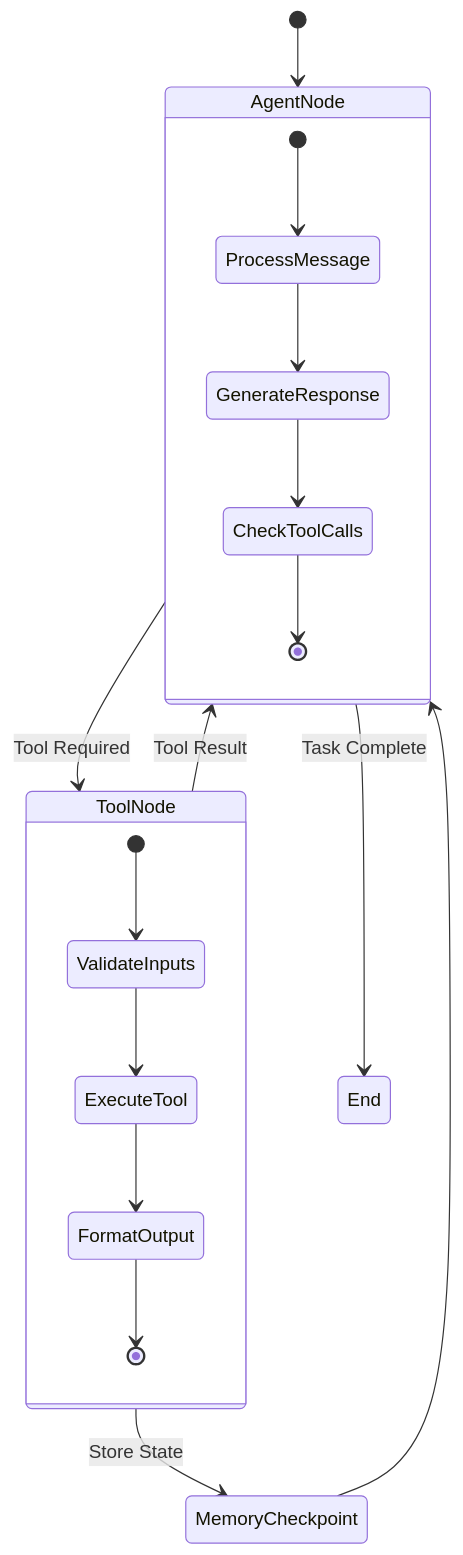
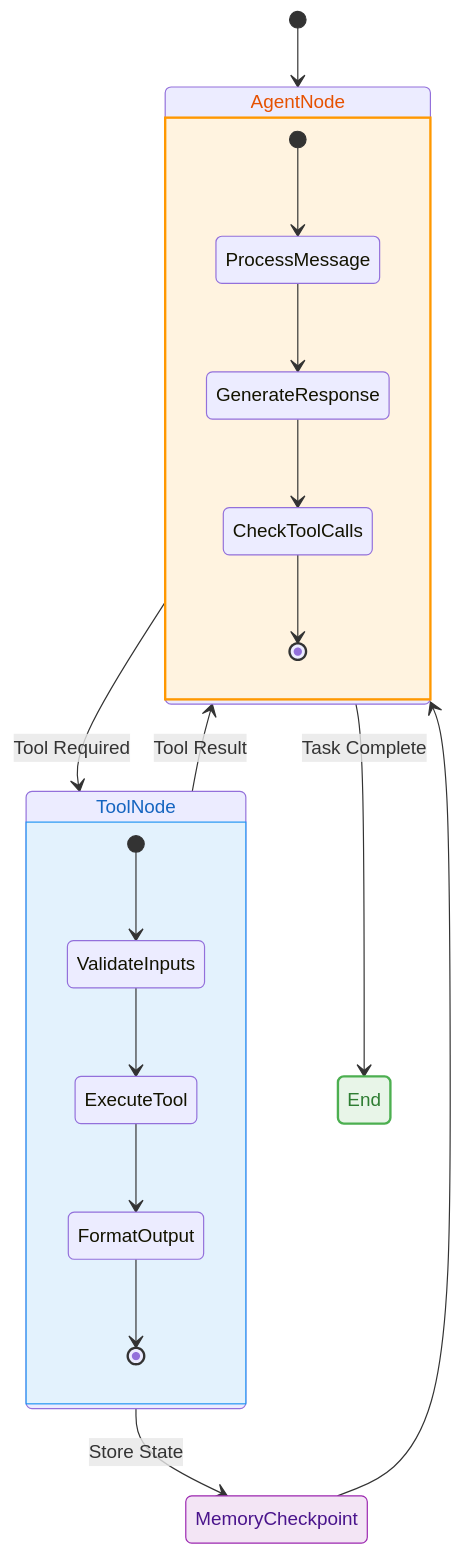
The first of 3 diagrams in site/docs/scale/architecture/langgraph-foundation.md (jupyter-naas/docs), drawn with Mermaid before and after one commit. The commit also changed other lines of this file and 4 other files, not shown here.

First line of the commit message:
feat: Implement consistent Mermaid styling across all architecture diagrams

````diff
--- a/site/docs/scale/architecture/langgraph-foundation.md
+++ b/site/docs/scale/architecture/langgraph-foundation.md
@@ -13,23 +13,33 @@
 ```mermaid
 stateDiagram-v2
     [*] --> AgentNode
     AgentNode --> ToolNode : Tool Required
     AgentNode --> End : Task Complete
     ToolNode --> AgentNode : Tool Result
     ToolNode --> MemoryCheckpoint : Store State
     MemoryCheckpoint --> AgentNode
     
     state AgentNode {
         [*] --> ProcessMessage
         ProcessMessage --> GenerateResponse
         GenerateResponse --> CheckToolCalls
         CheckToolCalls --> [*]
     }
     
     state ToolNode {
         [*] --> ValidateInputs
         ValidateInputs --> ExecuteTool
         ExecuteTool --> FormatOutput
         FormatOutput --> [*]
     }
+    
+    classDef agentState fill:#fff3e0,stroke:#ff9800,stroke-width:2px,color:#e65100
+    classDef toolState fill:#e3f2fd,stroke:#2196f3,stroke-width:1px,color:#1565c0
+    classDef memoryState fill:#f3e5f5,stroke:#9c27b0,stroke-width:1px,color:#4a148c
+    classDef terminalState fill:#e8f5e8,stroke:#4caf50,stroke-width:2px,color:#2e7d32
+    
+    class AgentNode agentState
+    class ToolNode toolState
+    class MemoryCheckpoint memoryState
+    class End terminalState
 ```
````
